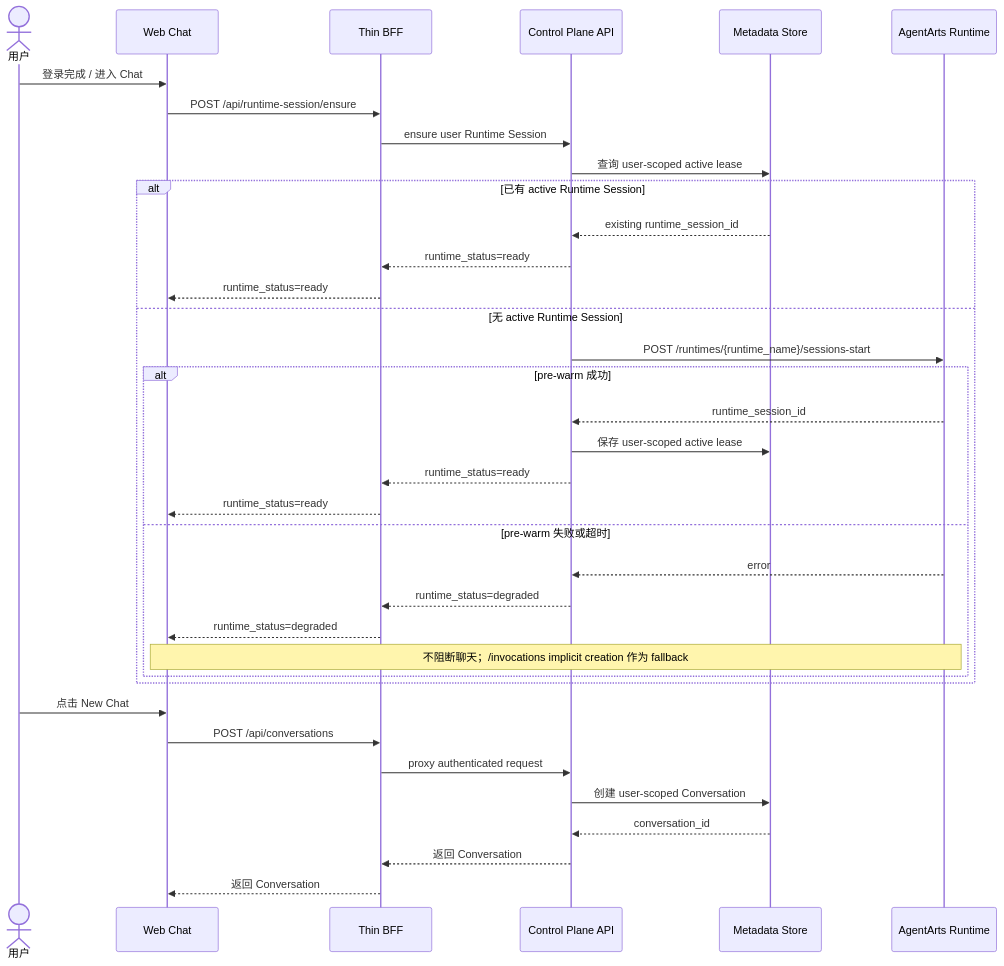
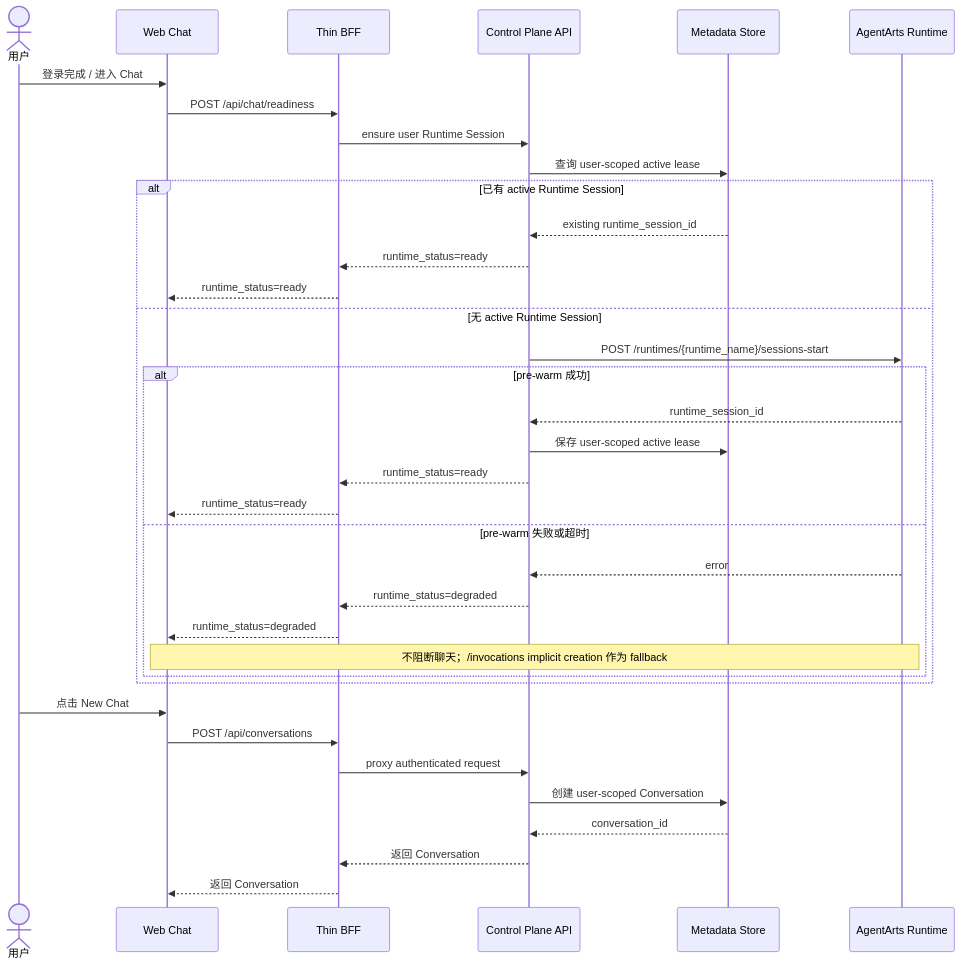
The ninth of 10 diagrams in personal-assistant-meta/issues/features/feature-14-multi-session-runtime-prewarm/issue.md (T-1009/personal-assistant), drawn with Mermaid before and after one commit. The commit also changed other lines of this file and 2 other files, not shown here.

First line of the commit message:
docs: rename and restructure API endpoints, enforce snake_case wire contract, and clarify Control Plane/BFF boundaries for multi-session runtime prewarm

````diff
--- a/personal-assistant-meta/issues/features/feature-14-multi-session-runtime-prewarm/issue.md
+++ b/personal-assistant-meta/issues/features/feature-14-multi-session-runtime-prewarm/issue.md
@@ -652,40 +655,40 @@
 ```mermaid
 sequenceDiagram
     actor User as 用户
     participant UI as Web Chat
     participant BFF as Thin BFF
     participant API as Control Plane API
     participant Store as Metadata Store
     participant AA as AgentArts Runtime
 
     User->>UI: 登录完成 / 进入 Chat
-    UI->>BFF: POST /api/runtime-session/ensure
+    UI->>BFF: POST /api/chat/readiness
     BFF->>API: ensure user Runtime Session
     API->>Store: 查询 user-scoped active lease
     alt 已有 active Runtime Session
         Store-->>API: existing runtime_session_id
         API-->>BFF: runtime_status=ready
         BFF-->>UI: runtime_status=ready
     else 无 active Runtime Session
         API->>AA: POST /runtimes/{runtime_name}/sessions-start
         alt pre-warm 成功
             AA-->>API: runtime_session_id
             API->>Store: 保存 user-scoped active lease
             API-->>BFF: runtime_status=ready
             BFF-->>UI: runtime_status=ready
         else pre-warm 失败或超时
             AA-->>API: error
             API-->>BFF: runtime_status=degraded
             BFF-->>UI: runtime_status=degraded
             Note over UI,AA: 不阻断聊天；/invocations implicit creation 作为 fallback
         end
     end
 
     User->>UI: 点击 New Chat
     UI->>BFF: POST /api/conversations
     BFF->>API: proxy authenticated request
     API->>Store: 创建 user-scoped Conversation
     Store-->>API: conversation_id
     API-->>BFF: 返回 Conversation
     BFF-->>UI: 返回 Conversation
 ```
````
